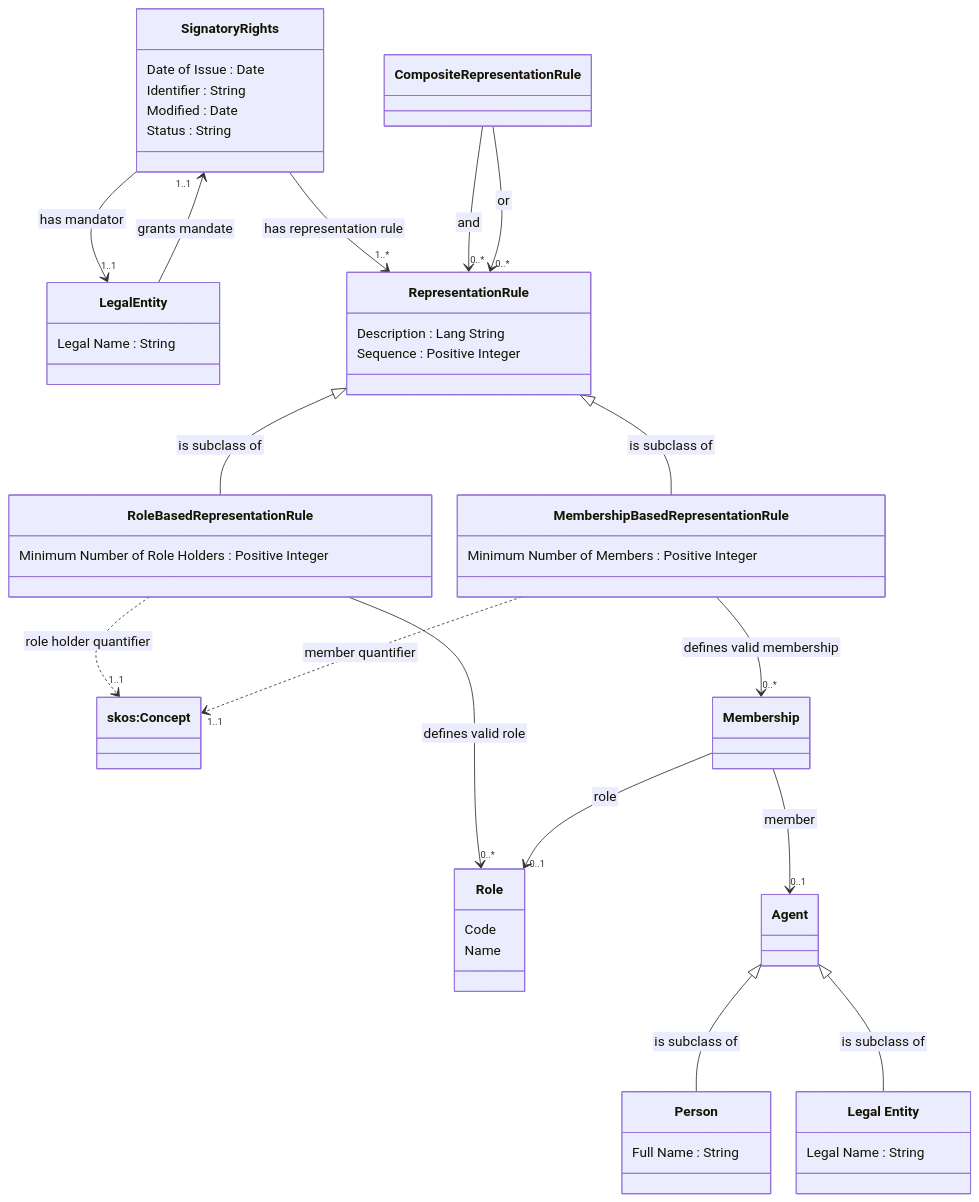
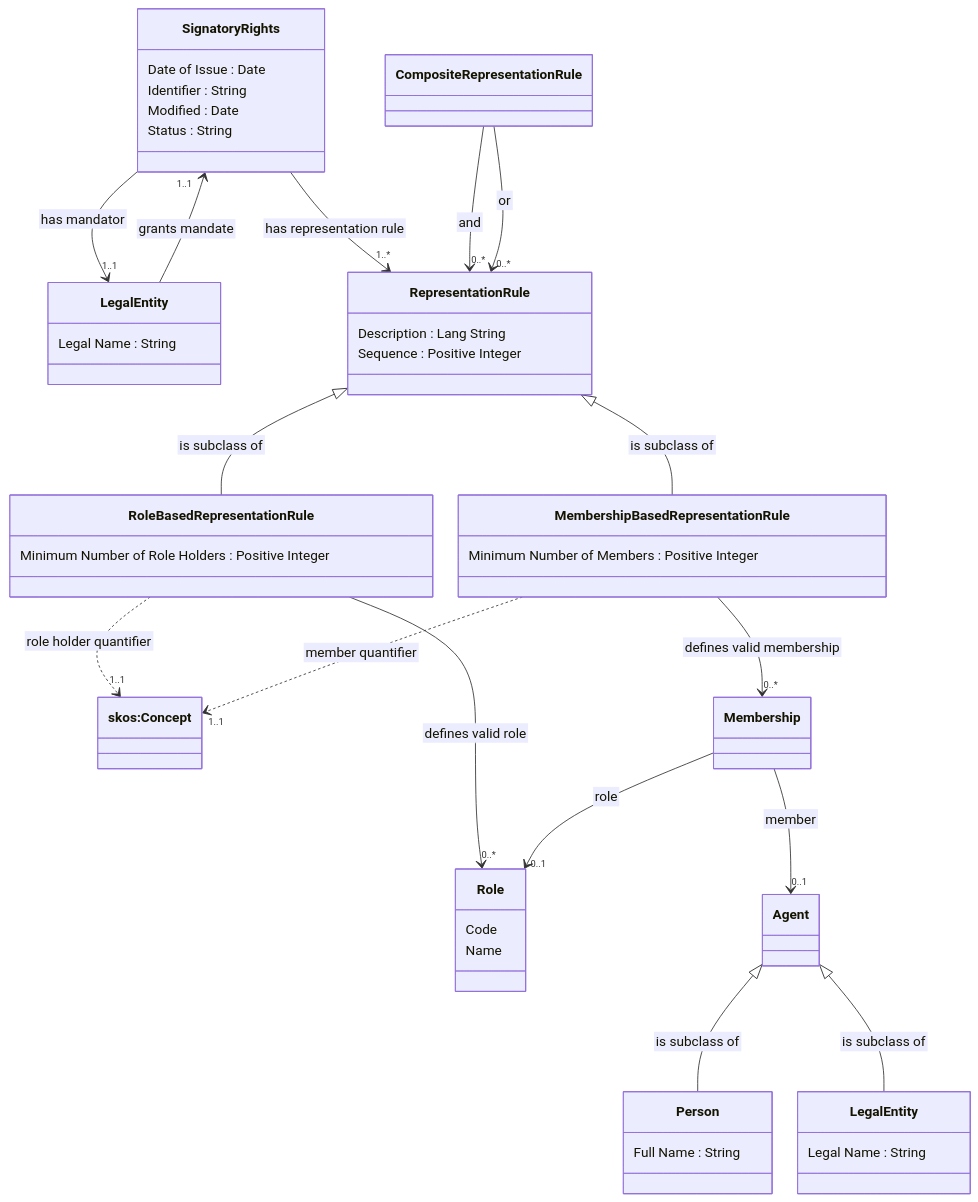
The second of 2 diagrams in README.md (nordicsmartgovernment/Nordic-Signatory-Rights-Model), drawn with Mermaid before and after one commit.

````diff
--- a/README.md
+++ b/README.md
@@ -69,74 +69,74 @@
 ```mermaid
  %%{init:{'flowchart':{'nodeSpacing': 30, 'rankSpacing': 95, 'htmlLabels': false}}}%%
     classDiagram
         class Signatory Rights {
             Date of Issue : Date
             Identifier : String
             Modified : Date
             Status : String
         }
 
         Signatory Rights --> "1..1" Legal Entity : has mandator
         Signatory Rights --> "1..*" Representation Rule : has representation rule
 
         class Legal Entity {
            Legal Name : String
         }
 
         Legal Entity --> "1..1" Signatory Rights:grants mandate
 
         class Representation Rule {
            Description : Lang String
            Sequence : Positive Integer
         }
 
         class Role Based Representation Rule {
            Minimum Number of Role Holders : Positive Integer
         }
 
         Role Based Representation Rule --> "0..*" Role : defines valid role
         Role Based Representation Rule ..> "1..1" SKOSConcept : role holder quantifier
 
         class Membership Based Representation Rule {
            Minimum Number of Members : Positive Integer
         }
 
         Membership Based Representation Rule --> "0..*" Membership : defines valid membership
         Membership Based Representation Rule ..> "1..1" SKOSConcept : member quantifier
 
         class Composite Representation Rule {
         }
 
         Composite Representation Rule --> "0..*" Representation Rule : and
         Composite Representation Rule --> "0..*" Representation Rule : or
 
         class Agent {
         }
 
         class Role {
            Code
            Name
         }
 
         class Membership {
         }
 
         Membership --> "0..1" Role : role
         Membership --> "0..1" Agent : member
 
         class Person {
            Full Name : String
         }
 
-        class Legal Entity Member["Legal Entity"] {
+        class Legal Entity Member["LegalEntity"] {
            Legal Name : String
         }
 
         class SKOSConcept["skos:Concept"] {
         }
 
         Representation Rule <|-- Role Based Representation Rule : is subclass of
         Representation Rule <|-- Membership Based Representation Rule : is subclass of
         Agent <|-- Person : is subclass of
         Agent <|-- Legal Entity Member : is subclass of
 ```
````
